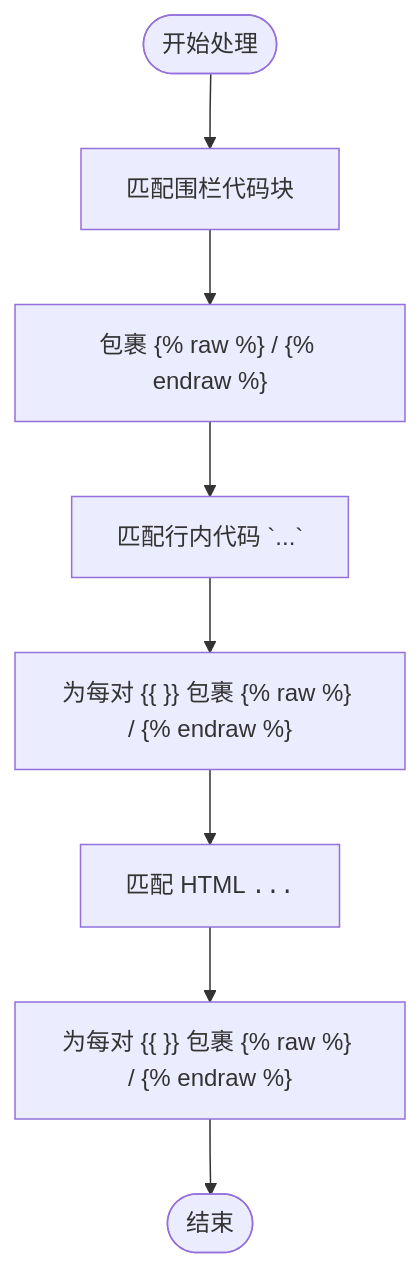
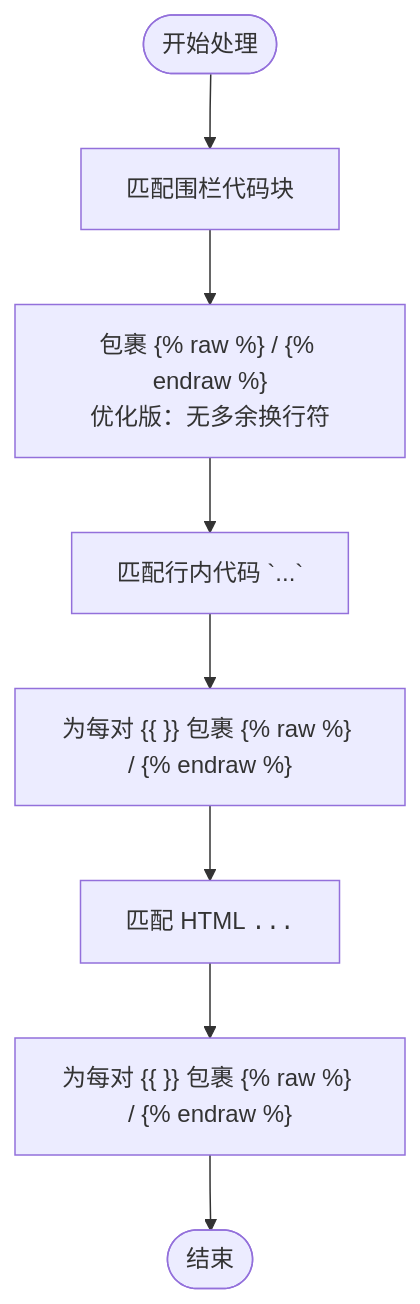
Before and after one commit to LZC6244/lzc6244.github.io: the fourth of 5 diagrams in .qoder/repowiki/zh/content/插件系统/代码转义插件.md, drawn with Mermaid. The commit also changed other lines of this file and 36 other files, not shown here.

````diff
--- a/.qoder/repowiki/zh/content/插件系统/代码转义插件.md
+++ b/.qoder/repowiki/zh/content/插件系统/代码转义插件.md
@@ -141,10 +154,10 @@
 ```mermaid
 flowchart TD
 S(["开始处理"]) --> Fenced["匹配围栏代码块"]
-Fenced --> WrapFenced["包裹 {% raw %} / {% endraw %}"]
+Fenced --> WrapFenced["包裹 {% raw %} / {% endraw %}<br/>优化版：无多余换行符"]
 WrapFenced --> Inline["匹配行内代码 `...`"]
 Inline --> WrapInline["为每对 {{ }} 包裹 {% raw %} / {% endraw %}"]
 WrapInline --> CodeTag["匹配 HTML <code>...</code>"]
 CodeTag --> WrapCode["为每对 {{ }} 包裹 {% raw %} / {% endraw %}"]
 WrapCode --> E(["结束"])
 ```
````
